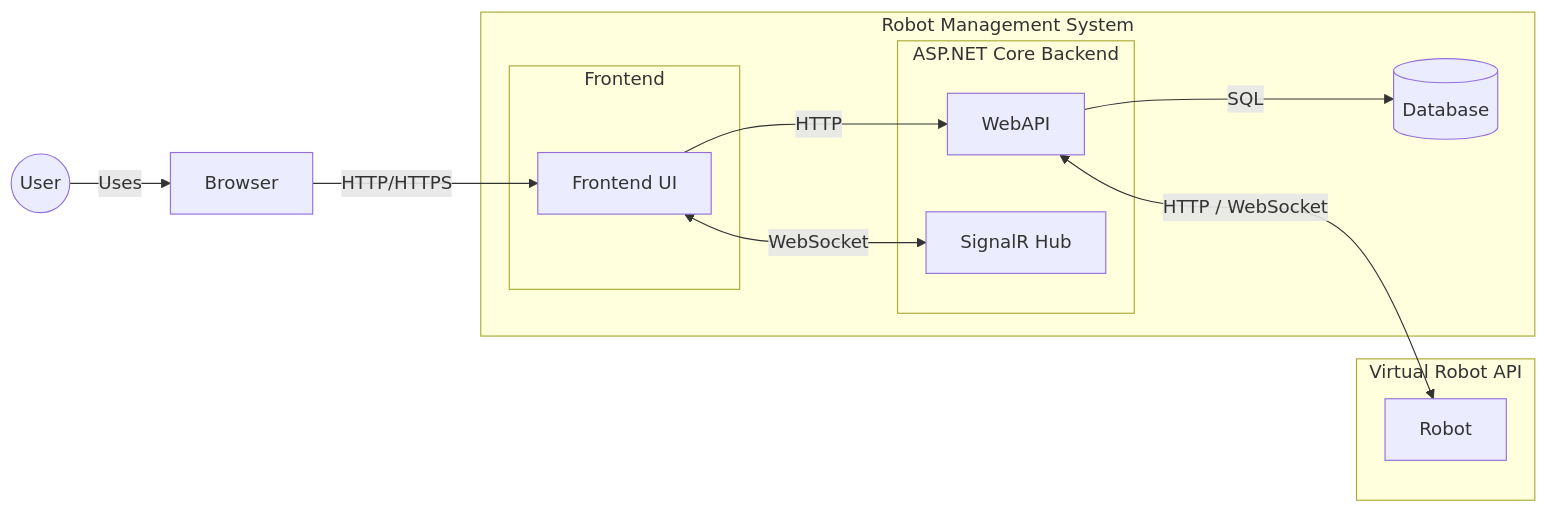
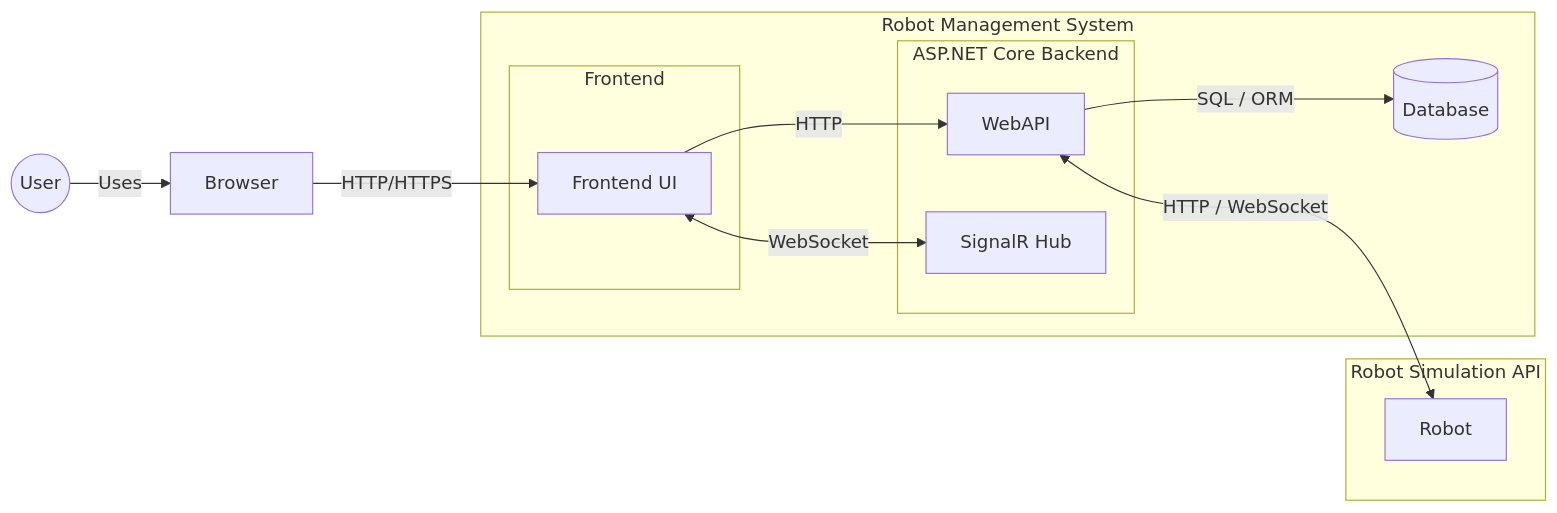
Before and after one commit to andreas-nordboe/CMP9134_final_project: the diagram in README.md, drawn with Mermaid. The commit also changed other lines of this file, not shown here.

````diff
--- a/README.md
+++ b/README.md
@@ -30,26 +30,26 @@
 ```mermaid
 flowchart LR
 
 User((User)) --> |Uses| Browser[Browser]
 
  
  subgraph RobotSystem["Robot Management System"]
  subgraph Backend["ASP.NET Core Backend"]
         API["WebAPI"]
         Hub["SignalR Hub"]
   end  
  subgraph Frontend["Frontend"]
     UI["Frontend UI"]
   end
    DB[("Database")]
   end
-  subgraph RobotContainer["Virtual Robot API"]
+  subgraph RobotContainer["Robot Simulation API"]
         Robot["Robot"]
   end
 
     Browser --> |HTTP/HTTPS| UI
     UI -->|HTTP| API
     UI <--> |WebSocket|Hub
-    API --> |SQL| DB
+    API --> |SQL / ORM| DB
     API <--> |HTTP / WebSocket| Robot
 ```
````
